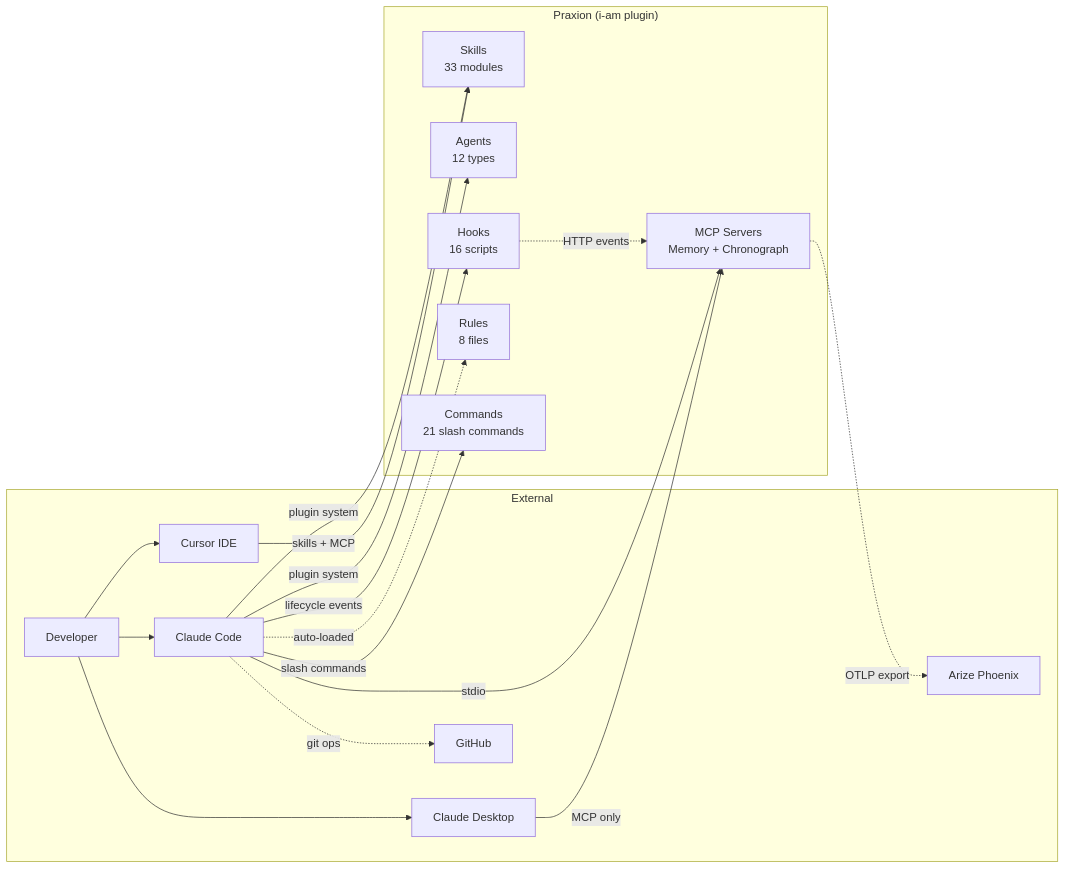
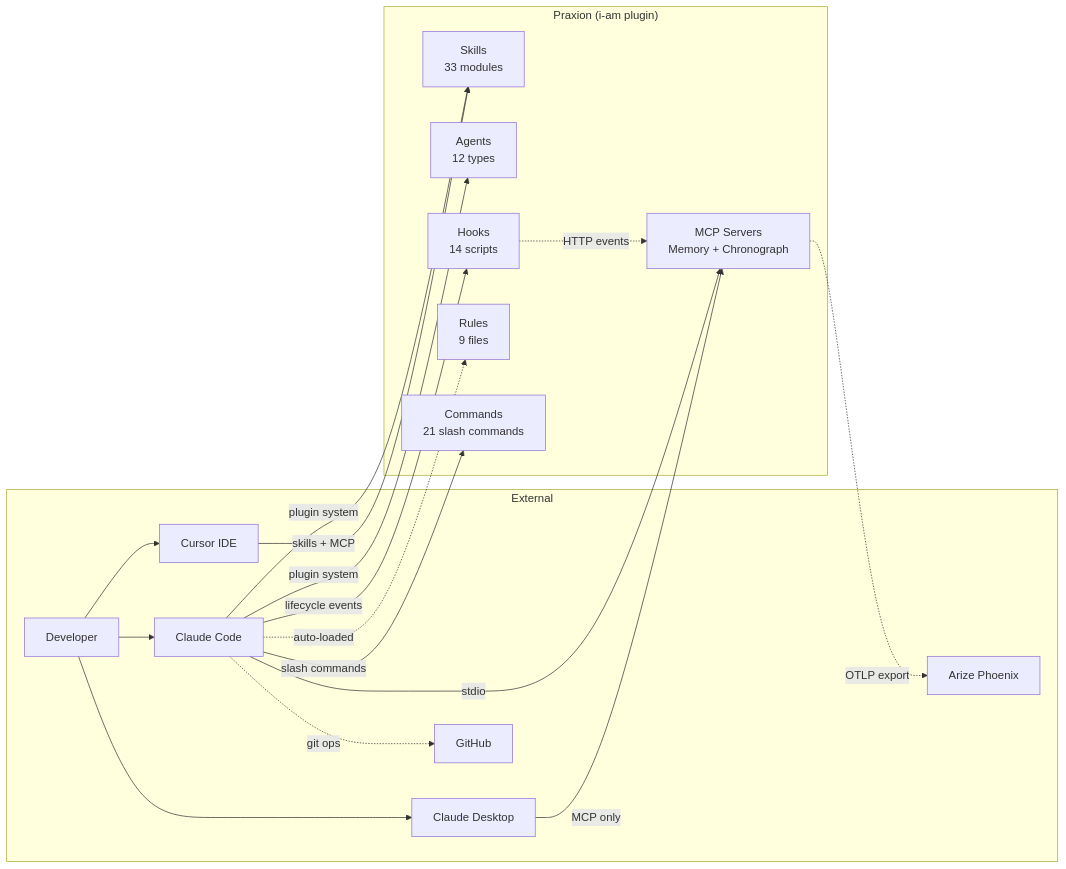
One commit to francisco-perez-sorrosal/ai-assistants-cfg changed the first of 4 diagrams in docs/architecture.md. Above: the diagram before and after it, drawn with Mermaid. The commit also changed other lines of this file and 1 other file, not shown here.

First line of the commit message:
docs: Remediate dual-audience architecture doc differentiation

````diff
--- a/docs/architecture.md
+++ b/docs/architecture.md
@@ -28,33 +31,33 @@
 ```mermaid
 graph LR
     subgraph External
         Dev[Developer]
         CC[Claude Code]
         CD[Claude Desktop]
         Cursor[Cursor IDE]
         Phoenix[Arize Phoenix]
         GH[GitHub]
     end
     subgraph Praxion["Praxion (i-am plugin)"]
         Skills[Skills<br/>33 modules]
         Agents[Agents<br/>12 types]
-        Hooks[Hooks<br/>16 scripts]
+        Hooks[Hooks<br/>14 scripts]
         MCP[MCP Servers<br/>Memory + Chronograph]
-        Rules[Rules<br/>8 files]
+        Rules[Rules<br/>9 files]
         Cmds[Commands<br/>21 slash commands]
     end
     Dev --> CC
     Dev --> CD
     Dev --> Cursor
     CC -->|plugin system| Skills
     CC -->|plugin system| Agents
     CC -->|lifecycle events| Hooks
     CC -->|stdio| MCP
     CC -->|slash commands| Cmds
     CC -.->|auto-loaded| Rules
     CD -->|MCP only| MCP
     Cursor -->|skills + MCP| Skills
     MCP -.->|OTLP export| Phoenix
     Hooks -.->|HTTP events| MCP
     CC -.->|git ops| GH
 ```
````
